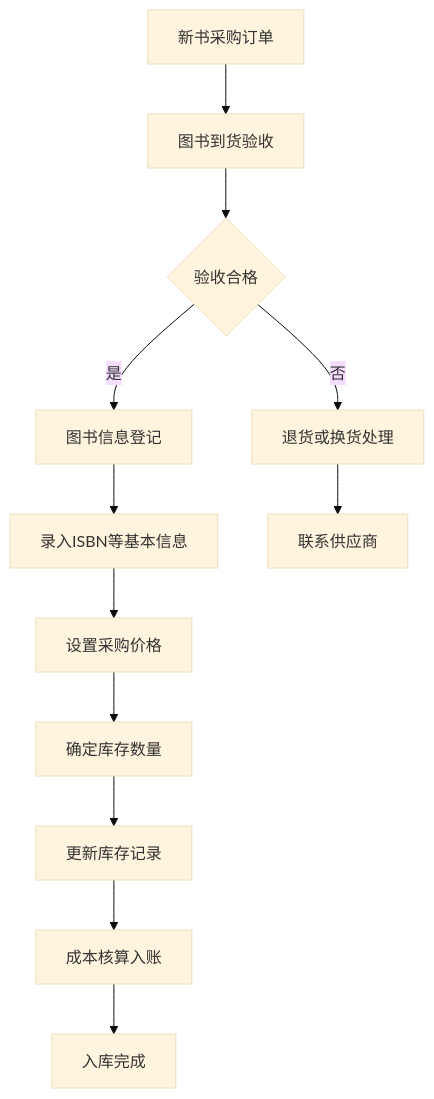
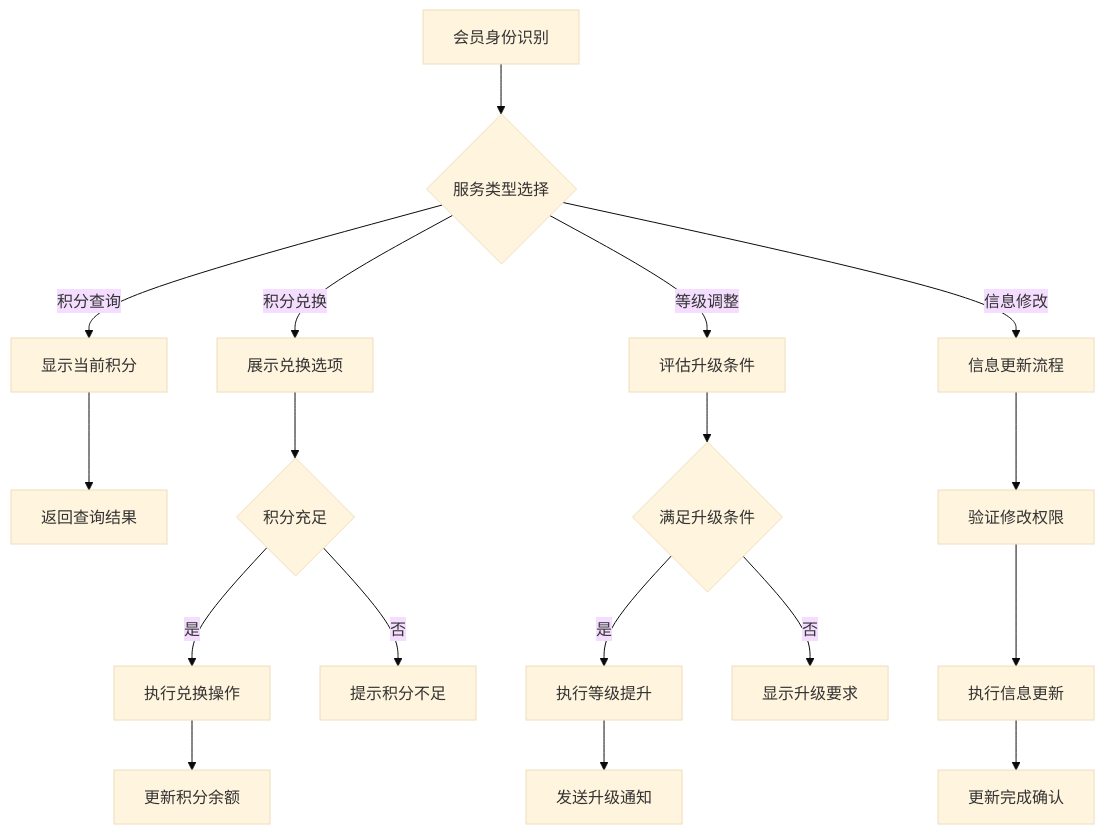
One commit to HelloMe66/iodraw-files changed the diagram in all/未命名-4.md. Above: the diagram before and after it, drawn with Mermaid (base theme).

Commit message:
2025-12-05 14:26:24 update

````diff
--- a/all/未命名-4.md
+++ b/all/未命名-4.md
@@ -1,14 +1,23 @@
 ```mermaid
 flowchart TD
-    A[新书采购订单] --> B[图书到货验收]
-    B --> C{验收合格}
-    C -->|是| D[图书信息登记]
-    C -->|否| E[退货或换货处理]
-    D --> F[录入ISBN等基本信息]
-    F --> G[设置采购价格]
-    G --> H[确定库存数量]
-    H --> I[更新库存记录]
-    I --> J[成本核算入账]
-    J --> K[入库完成]
-    E --> L[联系供应商]
+    A[会员身份识别] --> B{服务类型选择}
+    B -->|积分查询| C[显示当前积分]
+    B -->|积分兑换| D[展示兑换选项]
+    B -->|等级调整| E[评估升级条件]
+    B -->|信息修改| F[信息更新流程]
+    
+    C --> G[返回查询结果]
+    D --> H{积分充足}
+    H -->|是| I[执行兑换操作]
+    H -->|否| J[提示积分不足]
+    I --> K[更新积分余额]
+    
+    E --> L{满足升级条件}
+    L -->|是| M[执行等级提升]
+    L -->|否| N[显示升级要求]
+    M --> O[发送升级通知]
+    
+    F --> P[验证修改权限]
+    P --> Q[执行信息更新]
+    Q --> R[更新完成确认]
 ```
````
